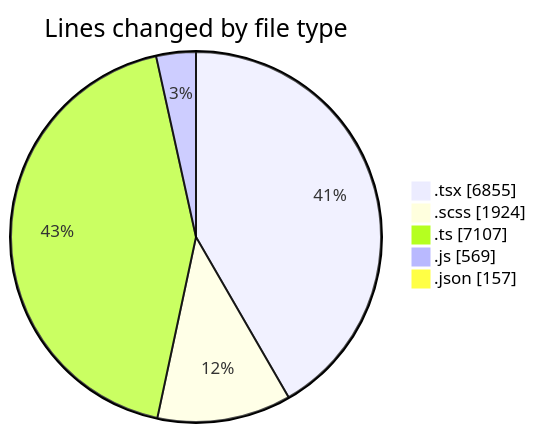
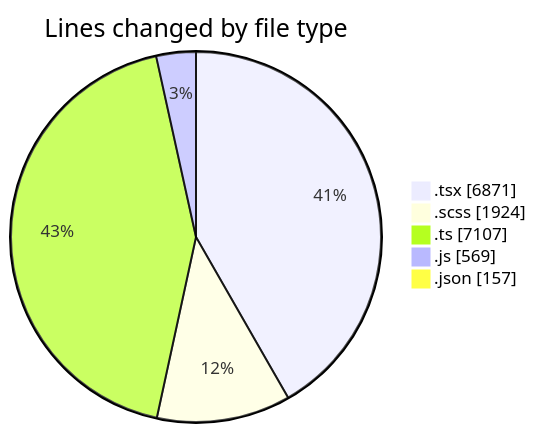
The first of 2 diagrams in 2026-04-23/cda/README.md (momahboobian/code-tracking), drawn with Mermaid before and after one commit. The commit also changed other lines of this file and 1 other file, not shown here.

````diff
--- a/2026-04-23/cda/README.md
+++ b/2026-04-23/cda/README.md
@@ -45,9 +45,9 @@
 ```mermaid
 pie showData
 title Lines changed by file type
-".tsx" : 6855
+".tsx" : 6871
 ".scss" : 1924
 ".ts" : 7107
 ".js" : 569
 ".json" : 157
 ```
````
